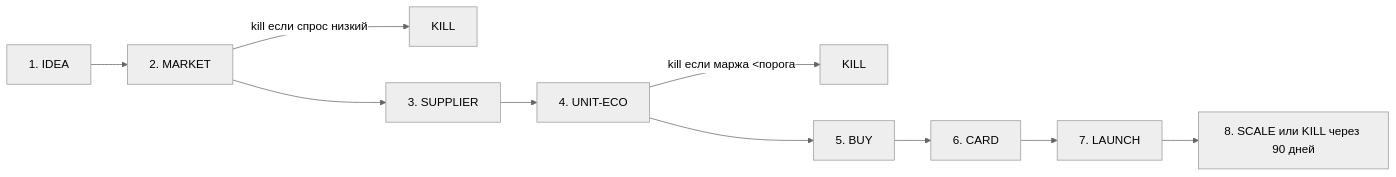
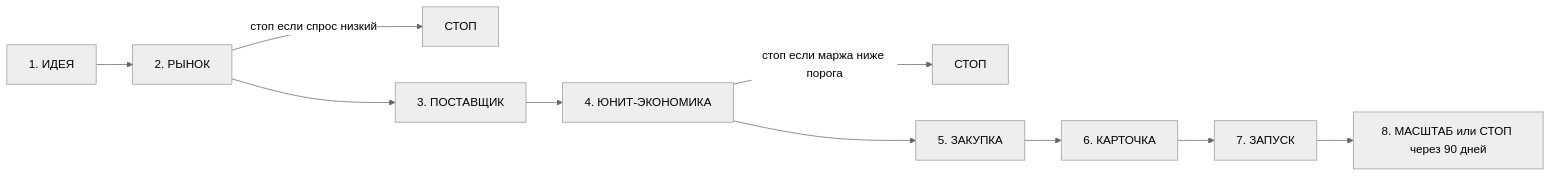
One commit to instrumentburg-sudo/mp-playbook changed the diagram in docs/tool/phases.md. Above: the diagram before and after it, drawn with Mermaid (neutral theme). The commit also changed other lines of this file and 16 other files, not shown here.

````diff
--- a/docs/tool/phases.md
+++ b/docs/tool/phases.md
@@ -5,12 +5,12 @@
 ```mermaid
 flowchart LR
-    A[1. IDEA] --> B[2. MARKET]
-    B -->|kill если спрос низкий| X1[KILL]
-    B --> C[3. SUPPLIER]
-    C --> D[4. UNIT-ECO]
-    D -->|kill если маржа <порога| X2[KILL]
-    D --> E[5. BUY]
-    E --> F[6. CARD]
-    F --> G[7. LAUNCH]
-    G --> H[8. SCALE или KILL через 90 дней]
+    A[1. ИДЕЯ] --> B[2. РЫНОК]
+    B -->|стоп если спрос низкий| X1[СТОП]
+    B --> C[3. ПОСТАВЩИК]
+    C --> D[4. ЮНИТ-ЭКОНОМИКА]
+    D -->|стоп если маржа ниже порога| X2[СТОП]
+    D --> E[5. ЗАКУПКА]
+    E --> F[6. КАРТОЧКА]
+    F --> G[7. ЗАПУСК]
+    G --> H[8. МАСШТАБ или СТОП через 90 дней]
 ```
````
